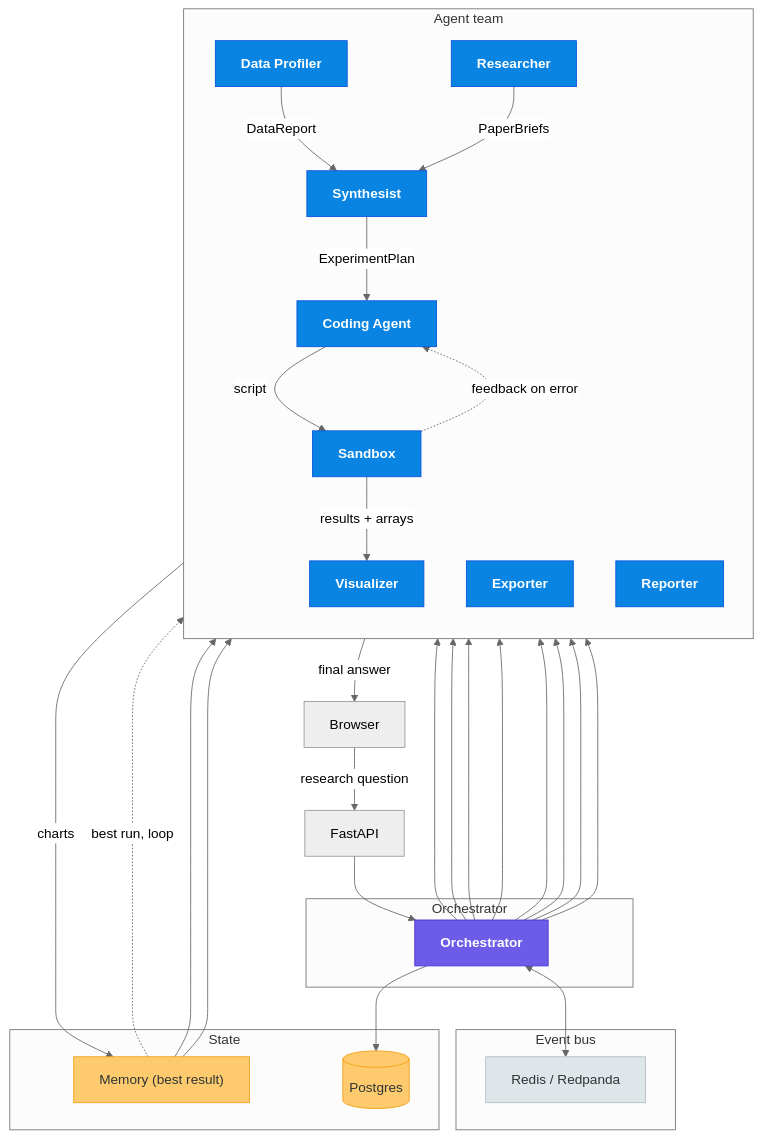
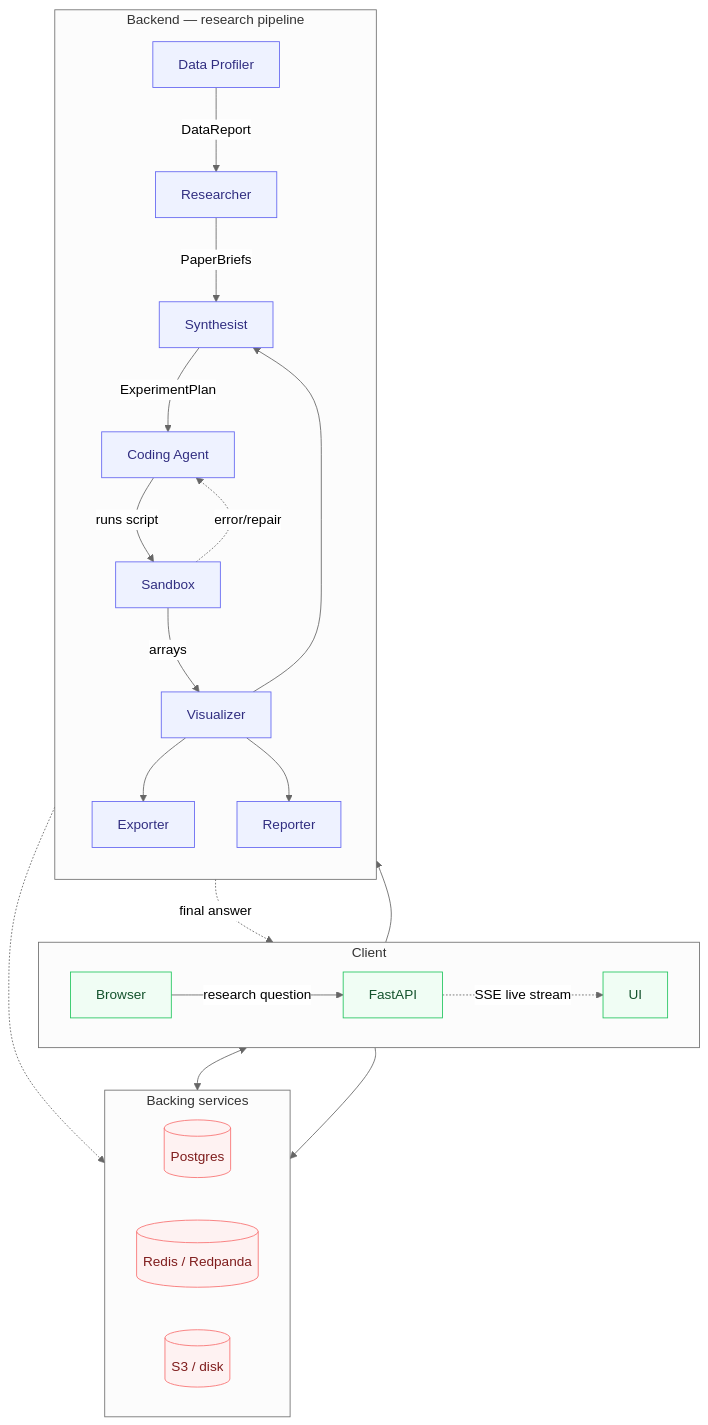
The diagram in README.md (dhanyamd/alphaseek), drawn with Mermaid (neutral theme) before and after one commit. The commit also changed other lines of this file, not shown here.

Commit message:
update diagram

````diff
--- a/README.md
+++ b/README.md
@@ -13,65 +13,52 @@
 ```mermaid
-flowchart TD
-    A["Browser"] -->|"research question"| B["FastAPI"]
+flowchart TB
 
-    subgraph ORCH ["Orchestrator"]
-        O["Orchestrator"]
+    subgraph Client ["Client"]
+        direction LR
+        Browse["Browser"] -->|research question| API["FastAPI"]
+        API -. SSE live stream .-> Screen["UI"]
     end
 
-    B --> O
+    subgraph Backend ["Backend — research pipeline"]
+        direction TB
+        Prof["Data Profiler"]
+        Res["Researcher"]
+        Syn["Synthesist"]
+        Cod["Coding Agent"]
+        San["Sandbox"]
+        Viz["Visualizer"]
+        Exp["Exporter"]
+        Rep["Reporter"]
 
-    subgraph AGENTS ["Agent team"]
-        direction TB
-        P["Data Profiler"]
-        R["Researcher"]
-        SYN["Synthesist"]
-        C["Coding Agent"]
-        X["Sandbox"]
-        V["Visualizer"]
-        E["Exporter"]
-        REP["Reporter"]
+        Prof -->|DataReport| Res
+        Res -->|PaperBriefs| Syn
+        Syn -->|ExperimentPlan| Cod
+        Cod -->|runs script| San
+        San -->|arrays| Viz
+        San -. error/repair .-> Cod
+        Viz --> Syn
+        Viz --> Exp
+        Viz --> Rep
     end
 
-    subgraph BUS ["Event bus"]
-        EV["Redis / Redpanda"]
+    API --> Prof
+    Rep -.->|final answer| Screen
+
+    subgraph Infra ["Backing services"]
+        direction LR
+        PG[("Postgres")]
+        EV[("Redis / Redpanda")]
+        S3[("S3 / disk")]
     end
 
-    subgraph STORE ["State"]
-        MEM["Memory (best result)"]
-        DB[("Postgres")]
-    end
+    API <--> EV
+    API --> PG
+    Prof -.-> S3
 
-    O --> P
-    O --> R
-    O --> SYN
-    O --> C
-    O --> X
-    O --> V
-    O --> E
-    O --> REP
-
-    P -->|"DataReport"| SYN
-    R -->|"PaperBriefs"| SYN
-    SYN -->|"ExperimentPlan"| C
-    C -->|"script"| X
-    X -->|"results + arrays"| V
-    V -->|"charts"| MEM
-    MEM -.->|"best run, loop"| C
-    X -.->|"feedback on error"| C
-    MEM --> E
-    MEM --> REP
-    REP -->|"final answer"| A
-
-    O <--> EV
-    O --> DB
-
-    classDef agent fill:#0984e3,stroke:#0652DD,color:#fff,font-weight:bold
-    classDef orch fill:#6c5ce7,stroke:#4834d4,color:#fff,font-weight:bold
-    classDef store fill:#fdcb6e,stroke:#f39c12,color:#2d3436
-    classDef infra fill:#dfe6e9,stroke:#b2bec3,color:#2d3436
-
-    class P,R,SYN,C,X,V,E,REP agent
-    class O orch
-    class MEM,DB store
-    class EV infra
+    classDef agent fill:#eef2ff,stroke:#6366f1,color:#312e81
+    classDef client fill:#f0fdf4,stroke:#22c55e,color:#14532d
+    classDef infrafill fill:#fef2f2,stroke:#f87171,color:#7f1d1d
+    class Prof,Res,Syn,Cod,San,Viz,Exp,Rep agent
+    class Browse,API,Screen client
+    class PG,EV,S3 infrafill
 ```
````
